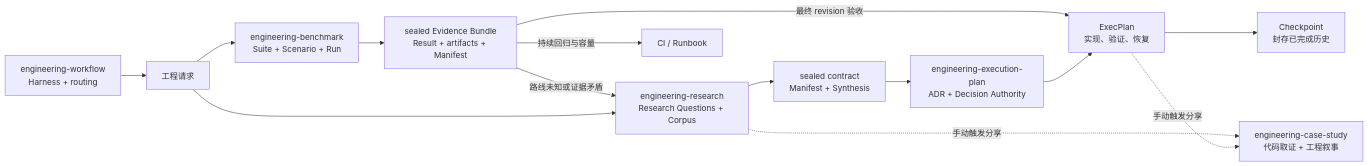
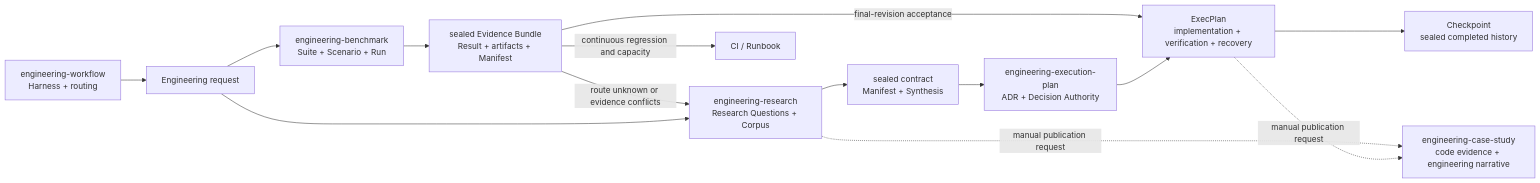
The first of 5 diagrams in README.md (XiaoWeiKIN/RepoFoundryAI), drawn with Mermaid before and after one commit. The commit also changed other lines of this file and 3 other files, not shown here.

````diff
--- a/README.md
+++ b/README.md
@@ -19,16 +27,16 @@
 ```mermaid
 flowchart LR
-    W["engineering-workflow<br/>Harness + routing"] --> U["工程请求"]
+    W["engineering-workflow<br/>Harness + routing"] --> U["Engineering request"]
     U --> B["engineering-benchmark<br/>Suite + Scenario + Run"]
     B --> M0["sealed Evidence Bundle<br/>Result + artifacts + Manifest"]
-    M0 -->|"路线未知或证据矛盾"| R["engineering-research<br/>Research Questions + Corpus"]
-    M0 -->|"最终 revision 验收"| E
-    M0 -->|"持续回归与容量"| O["CI / Runbook"]
+    M0 -->|"route unknown or evidence conflicts"| R["engineering-research<br/>Research Questions + Corpus"]
+    M0 -->|"final-revision acceptance"| E
+    M0 -->|"continuous regression and capacity"| O["CI / Runbook"]
     U --> R
     R --> M["sealed contract<br/>Manifest + Synthesis"]
     M --> A["engineering-execution-plan<br/>ADR + Decision Authority"]
-    A --> E["ExecPlan<br/>实现、验证、恢复"]
-    E --> C["Checkpoint<br/>封存已完成历史"]
-    R -. "手动触发分享" .-> S["engineering-case-study<br/>代码取证 + 工程叙事"]
-    E -. "手动触发分享" .-> S
+    A --> E["ExecPlan<br/>implementation + verification + recovery"]
+    E --> C["Checkpoint<br/>sealed completed history"]
+    R -. "manual publication request" .-> S["engineering-case-study<br/>code evidence + engineering narrative"]
+    E -. "manual publication request" .-> S
 ```
````
